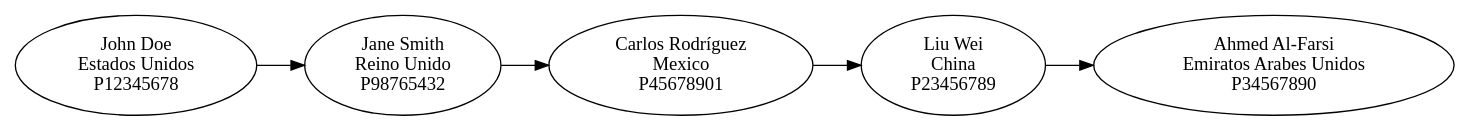
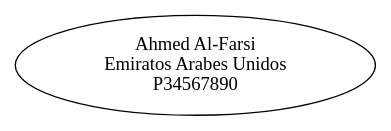
Before and after one commit to Saloj17/201900081_EDD_Practica: the diagram in lista_pasajeros.dot, drawn with Graphviz. The commit also changed 6 other files, not shown here.

Commit message:
Reportes en graphviz

```diff
--- a/lista_pasajeros.dot
+++ b/lista_pasajeros.dot
@@ -1,12 +1,4 @@
 digraph ListaPasajeros {
     rankdir=LR;
-    "John Doe" [label="John Doe\nEstados Unidos\nP12345678"];
-    "John Doe" -> "Jane Smith";
-    "Jane Smith" [label="Jane Smith\nReino Unido\nP98765432"];
-    "Jane Smith" -> "Carlos Rodríguez";
-    "Carlos Rodríguez" [label="Carlos Rodríguez\nMexico\nP45678901"];
-    "Carlos Rodríguez" -> "Liu Wei";
-    "Liu Wei" [label="Liu Wei\nChina\nP23456789"];
-    "Liu Wei" -> "Ahmed Al-Farsi";
     "Ahmed Al-Farsi" [label="Ahmed Al-Farsi\nEmiratos Arabes Unidos\nP34567890"];
 }
```
